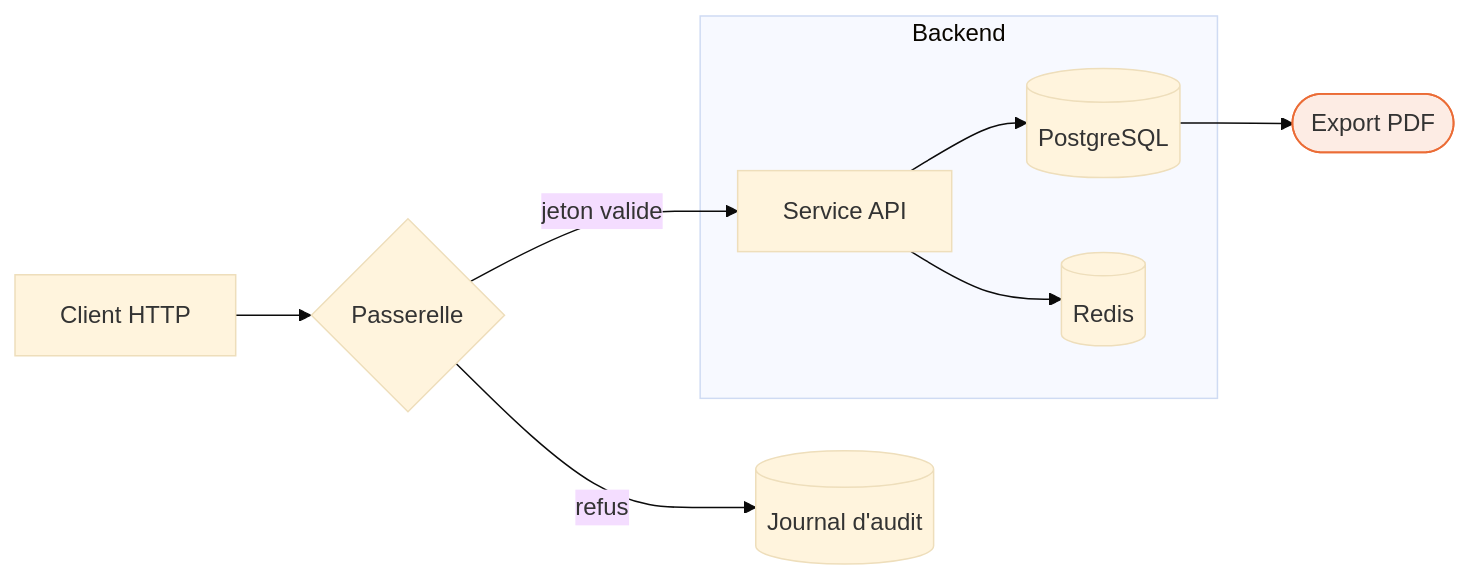
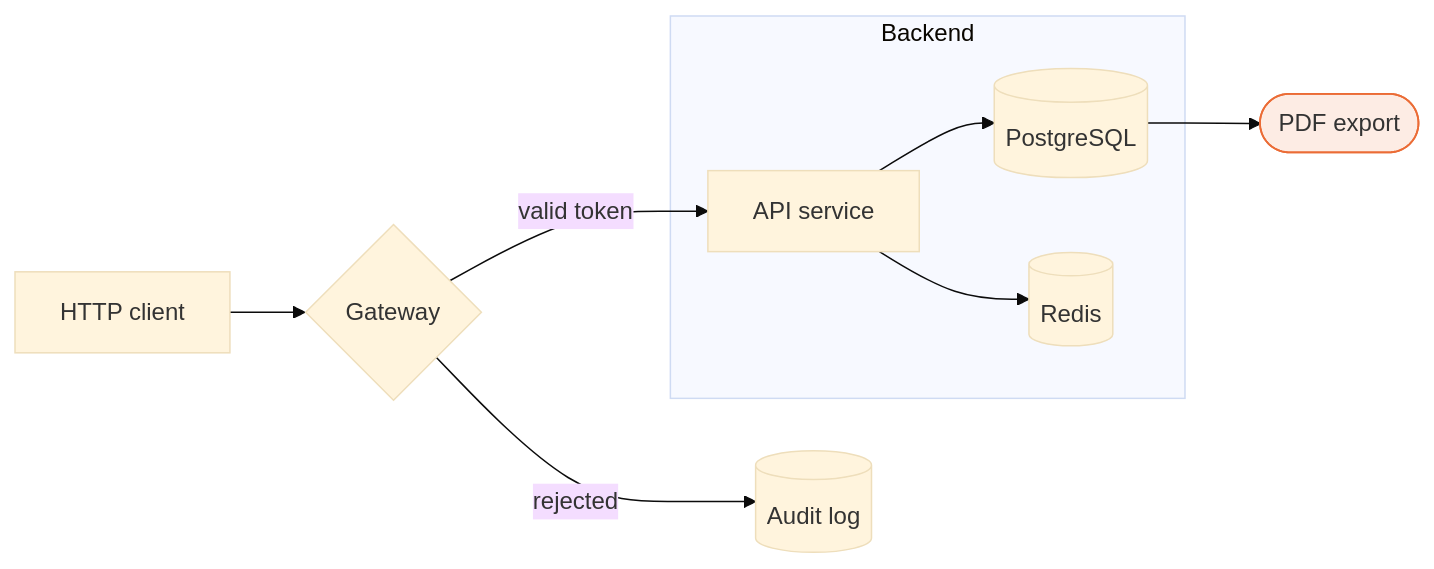
The first of 25 diagrams in docs/mermaid-diagrams.mdx (InnovateIt-ak/docusaurus), drawn with Mermaid (base theme) before and after one commit. The commit also changed other lines of this file, not shown here.

First line of the commit message:
Translate the Mermaid reference page to English

````diff
--- a/docs/mermaid-diagrams.mdx
+++ b/docs/mermaid-diagrams.mdx
@@ -48,16 +46,16 @@
 ```mermaid
 flowchart LR
     classDef focal fill:#fdece4,stroke:#eb6c36,stroke-width:1.2px
 
-    Client[Client HTTP] --> GW{Passerelle}
-    GW -->|jeton valide| API[Service API]
-    GW -->|refus| Log[(Journal d'audit)]
+    Client[HTTP client] --> GW{Gateway}
+    GW -->|valid token| API[API service]
+    GW -->|rejected| Log[(Audit log)]
 
     subgraph Backend
         API --> DB[(PostgreSQL)]
         API --> Cache[(Redis)]
     end
 
-    DB --> Export([Export PDF])
+    DB --> Export([PDF export])
     Export:::focal
 ```
````
